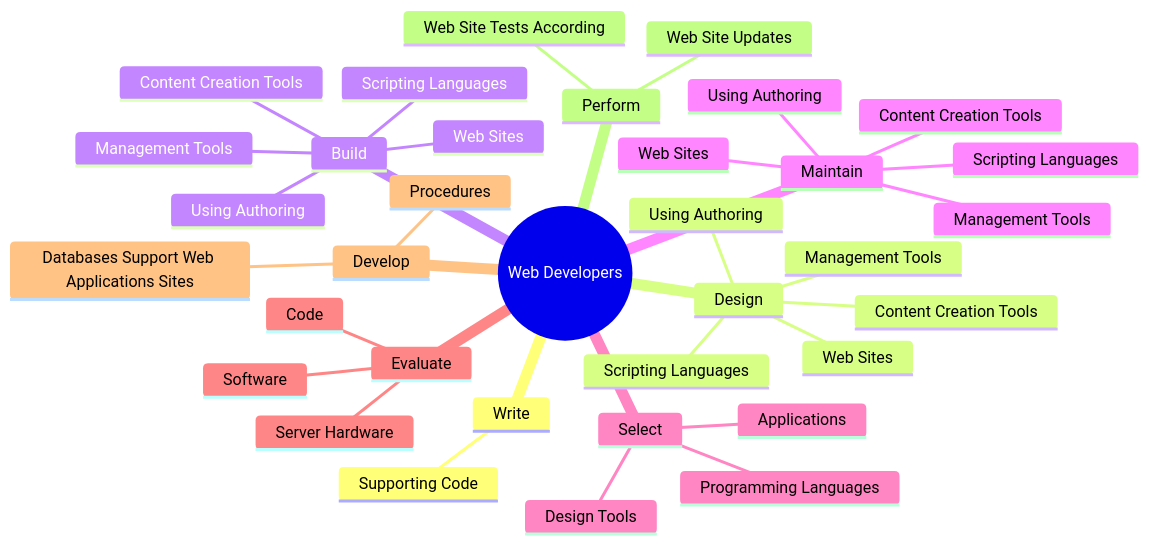
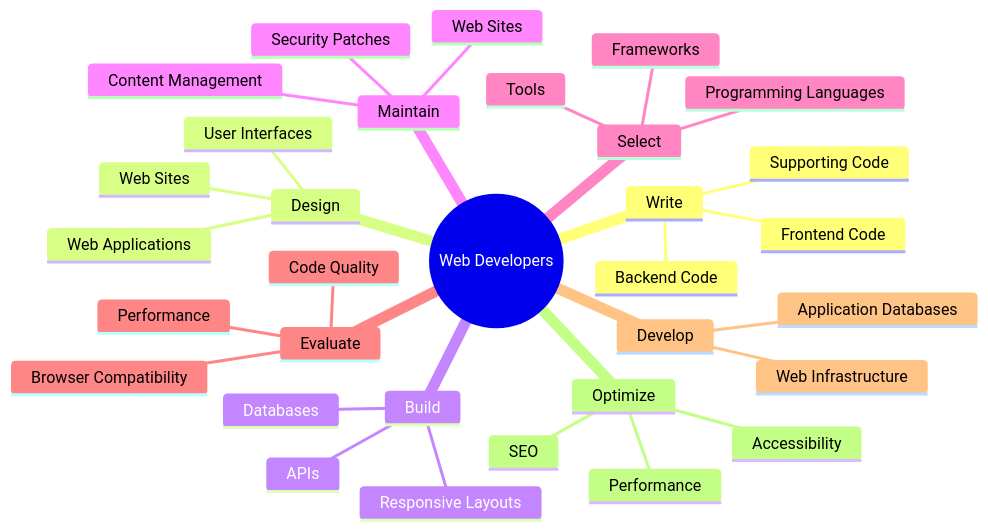
The second of 4 diagrams in occupations/Technology/WebDevelopers.mdx (kziemski/business.org.ai), drawn with Mermaid before and after one commit. The commit also changed other lines of this file and 938 other files, not shown here.

````diff
--- a/occupations/Technology/WebDevelopers.mdx
+++ b/occupations/Technology/WebDevelopers.mdx
@@ -37,38 +46,35 @@
 ```mermaid
 mindmap
     root(("Web Developers"))
         Write
+            Frontend Code
+            Backend Code
             Supporting Code
         Design
             Web Sites
-            Using Authoring
-            Scripting Languages
-            Content Creation Tools
-            Management Tools
+            Web Applications
+            User Interfaces
         Build
-            Web Sites
-            Using Authoring
-            Scripting Languages
-            Content Creation Tools
-            Management Tools
+            Responsive Layouts
+            APIs
+            Databases
         Maintain
             Web Sites
-            Using Authoring
-            Scripting Languages
-            Content Creation Tools
-            Management Tools
+            Content Management
+            Security Patches
         Select
             Programming Languages
-            Design Tools
-            Applications
+            Frameworks
+            Tools
         Evaluate
-            Code
-            Server Hardware
-            Software
+            Code Quality
+            Browser Compatibility
+            Performance
         Develop
-            Databases Support Web Applications Sites
-            Procedures
-        Perform
-            Web Site Tests According
-            Web Site Updates
+            Application Databases
+            Web Infrastructure
+        Optimize
+            Performance
+            SEO
+            Accessibility
 ```
````
